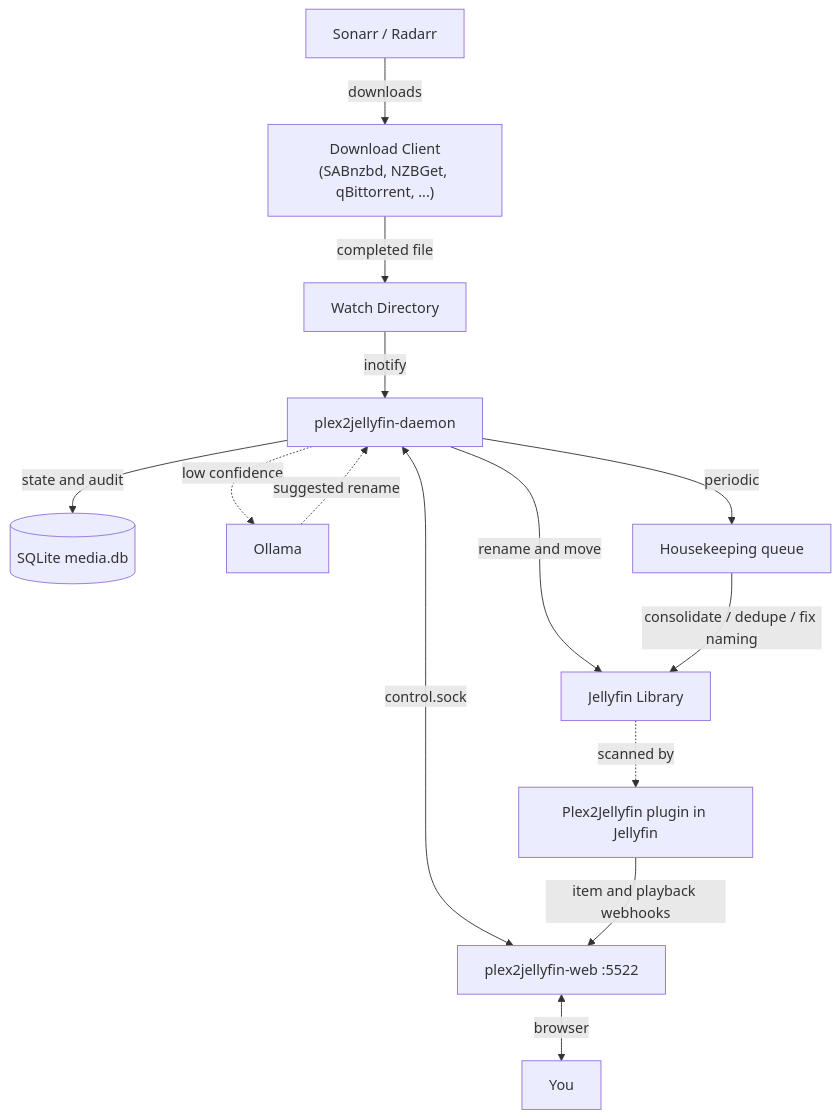
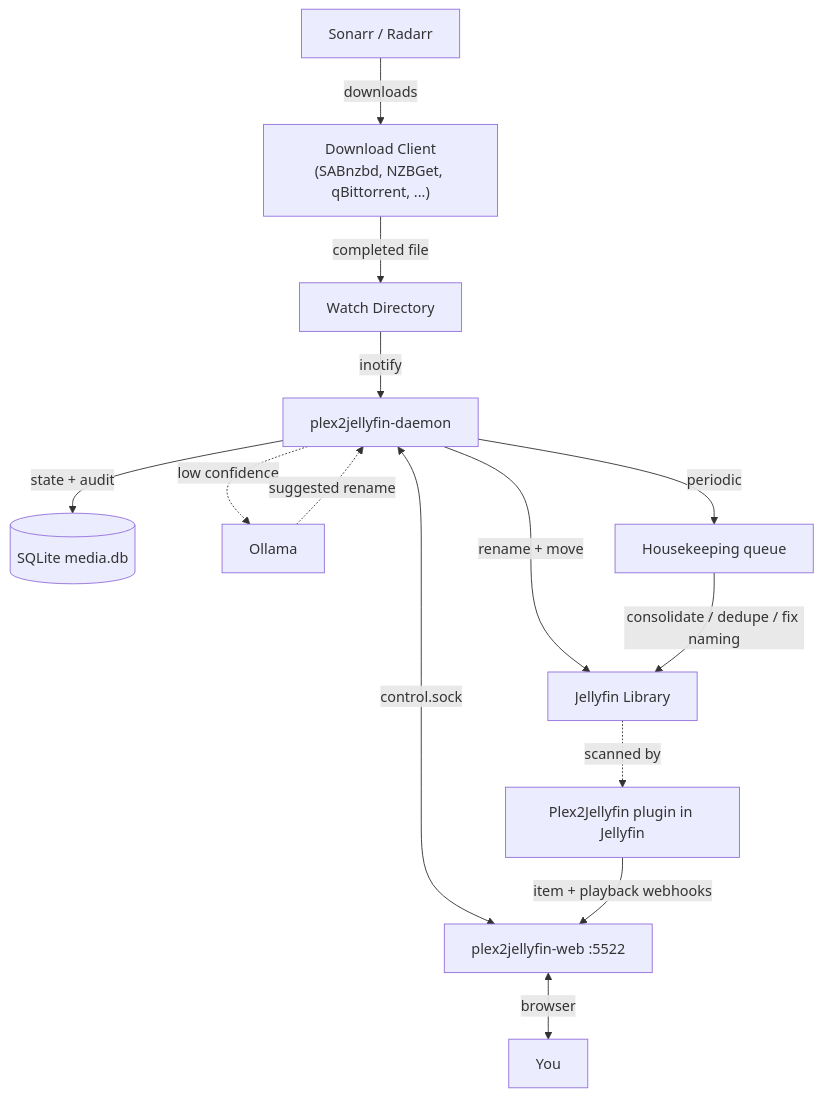
The diagram in README.md (Nomadcxx/plex2jellyfin), drawn with Mermaid before and after one commit. The commit also changed other lines of this file, not shown here.

````diff
--- a/README.md
+++ b/README.md
@@ -205,16 +179,16 @@
 ```mermaid
 flowchart TB
     A[Sonarr / Radarr] -->|downloads| B["Download Client<br/>(SABnzbd, NZBGet, qBittorrent, ...)"]
     B -->|completed file| C[Watch Directory]
     C -->|inotify| D[plex2jellyfin-daemon]
-    D -->|rename and move| E[Jellyfin Library]
-    D -->|state and audit| DB[(SQLite media.db)]
+    D -->|rename + move| E[Jellyfin Library]
+    D -->|state + audit| DB[(SQLite media.db)]
     D -.->|low confidence| O[Ollama]
     O -.->|suggested rename| D
     D <-->|control.sock| W[plex2jellyfin-web :5522]
     W <-->|browser| U[You]
     D -->|periodic| H[Housekeeping queue]
     H -->|consolidate / dedupe / fix naming| E
-    J[Plex2Jellyfin plugin in Jellyfin] -->|item and playback webhooks| W
+    J[Plex2Jellyfin plugin in Jellyfin] -->|item + playback webhooks| W
     E -.->|scanned by| J
 ```
````
